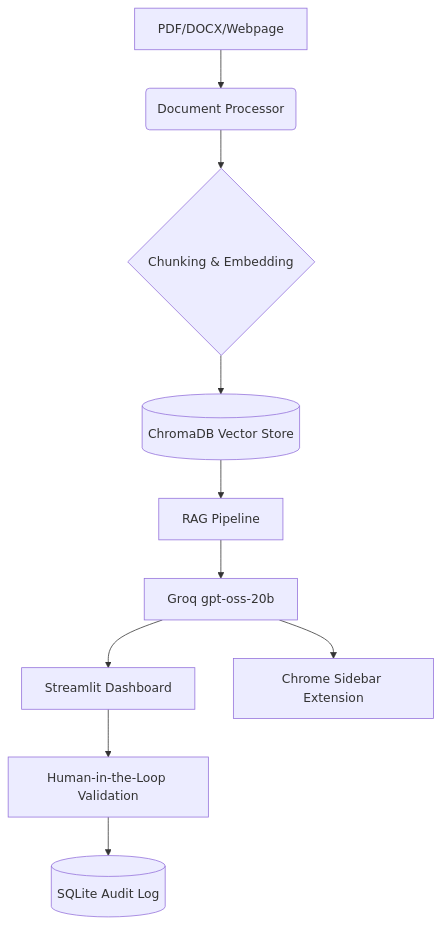
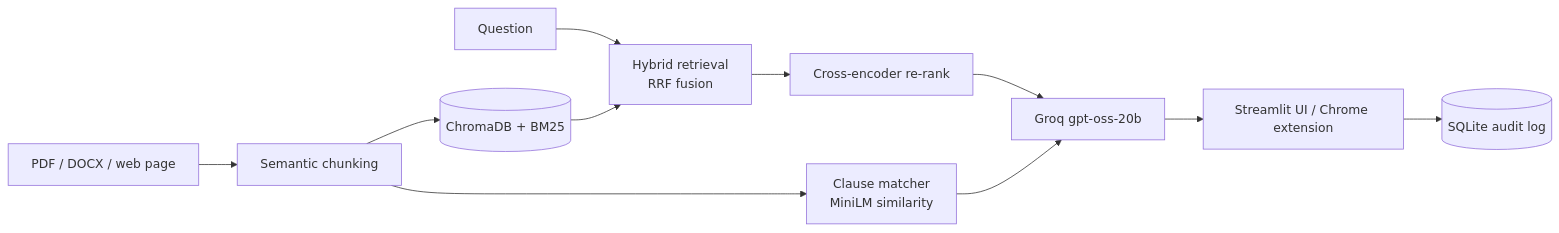
One commit to Rasika1200/ClauseWise changed the diagram in README.md. Above: the diagram before and after it, drawn with Mermaid. The commit also changed other lines of this file and 4 other files, not shown here.

````diff
--- a/README.md
+++ b/README.md
@@ -28,12 +38,13 @@
 ```mermaid
-graph TD
-    A[PDF/DOCX/Webpage] --> B(Document Processor)
-    B --> C{Chunking & Embedding}
-    C --> D[(ChromaDB Vector Store)]
-    D --> E[RAG Pipeline]
-    E --> F[Groq gpt-oss-20b]
-    F --> G[Streamlit Dashboard]
-    F --> H[Chrome Sidebar Extension]
-    G --> I[Human-in-the-Loop Validation]
-    I --> J[(SQLite Audit Log)]
+graph LR
+    A[PDF / DOCX / web page] --> B[Semantic chunking]
+    B --> C[Clause matcher<br/>MiniLM similarity]
+    B --> D[(ChromaDB + BM25)]
+    Q[Question] --> E[Hybrid retrieval<br/>RRF fusion]
+    D --> E
+    E --> F[Cross-encoder re-rank]
+    F --> G[Groq gpt-oss-20b]
+    C --> G
+    G --> H[Streamlit UI / Chrome extension]
+    H --> I[(SQLite audit log)]
 ```
````
